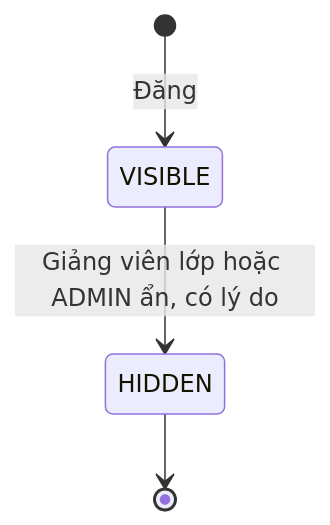
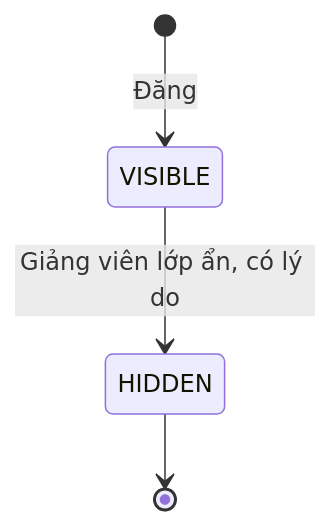
One commit to hygef-v4/AI-Powered-Learning-Platform changed the second of 2 diagrams in aidlc-docs/construction/u05-content-material-rag/functional-design/domain-entities.md. Above: the diagram before and after it, drawn with Mermaid. The commit also changed other lines of this file and 199 other files, not shown here.

````diff
--- a/aidlc-docs/construction/u05-content-material-rag/functional-design/domain-entities.md
+++ b/aidlc-docs/construction/u05-content-material-rag/functional-design/domain-entities.md
@@ -188,6 +91,6 @@
 ```mermaid
 stateDiagram-v2
     [*] --> VISIBLE: Đăng
-    VISIBLE --> HIDDEN: Giảng viên lớp hoặc ADMIN ẩn, có lý do
+    VISIBLE --> HIDDEN: Giảng viên lớp ẩn, có lý do
     HIDDEN --> [*]
 ```
````
